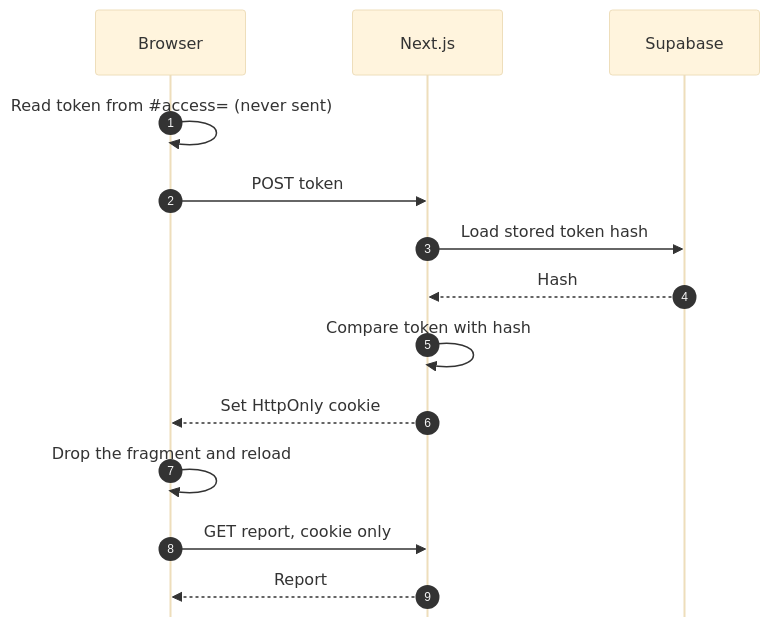
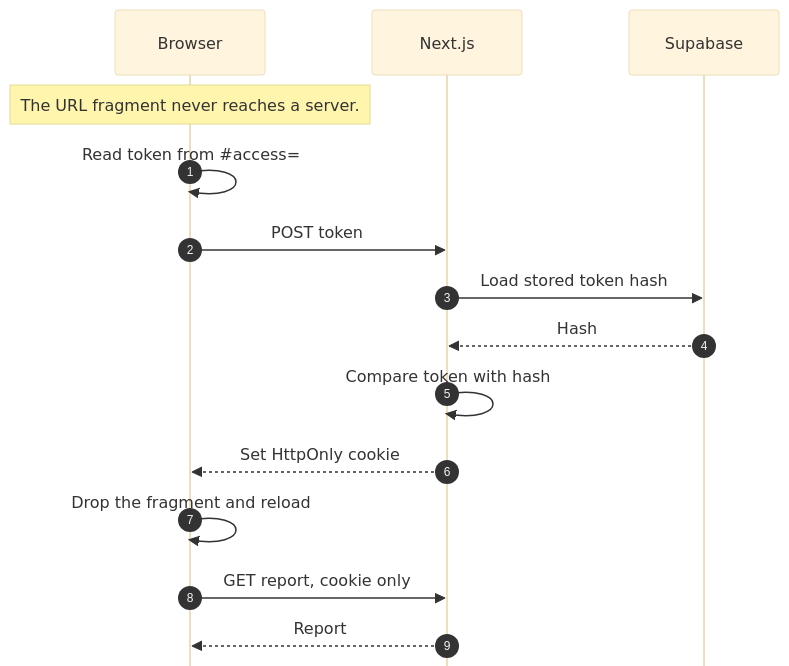
One commit to M4stas/Kontroll changed the first of 2 diagrams in docs/how-it-works.md. Above: the diagram before and after it, drawn with Mermaid (base theme). The commit also changed 1 other file, not shown here.

Commit message:
no-mistakes(document): Clarify access diagram and roadmap wording

````diff
--- a/docs/how-it-works.md
+++ b/docs/how-it-works.md
@@ -18,17 +18,18 @@
 ```mermaid
 %%{init: {"sequence": {"mirrorActors": false}}}%%
 sequenceDiagram
   autonumber
   participant B as Browser
   participant A as Next.js
   participant D as Supabase
-  B->>B: Read token from #35;access= (never sent)
+  Note over B: The URL fragment never reaches a server.
+  B->>B: Read token from #35;access=
   B->>A: POST token
   A->>D: Load stored token hash
   D-->>A: Hash
   A->>A: Compare token with hash
   A-->>B: Set HttpOnly cookie
   B->>B: Drop the fragment and reload
   B->>A: GET report, cookie only
   A-->>B: Report
 ```
````
